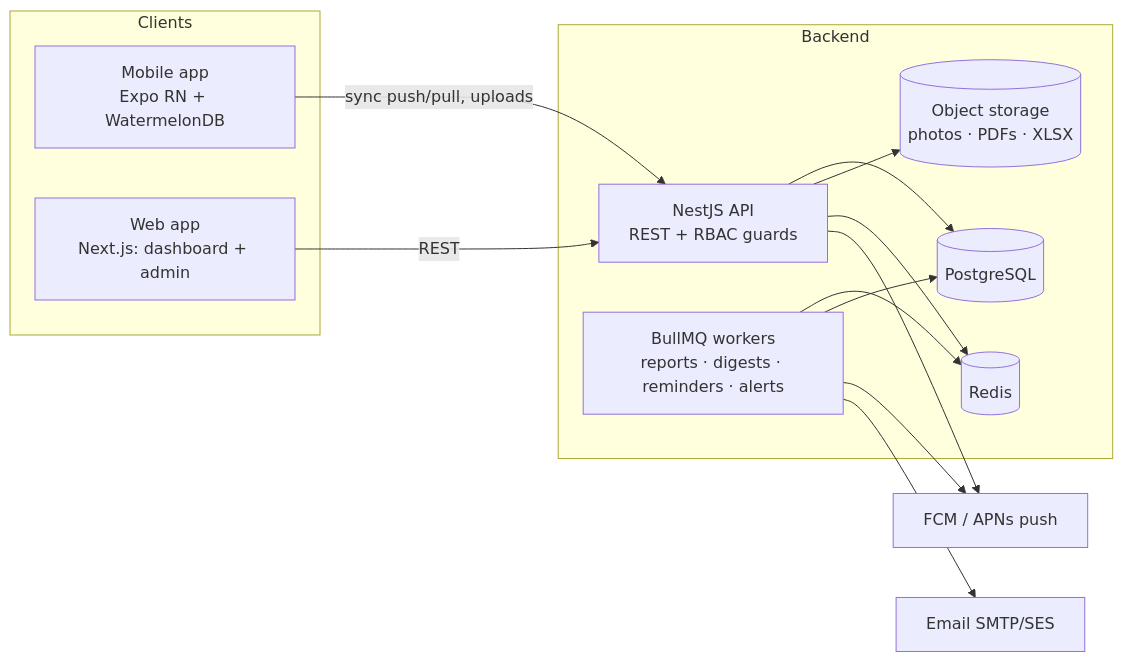
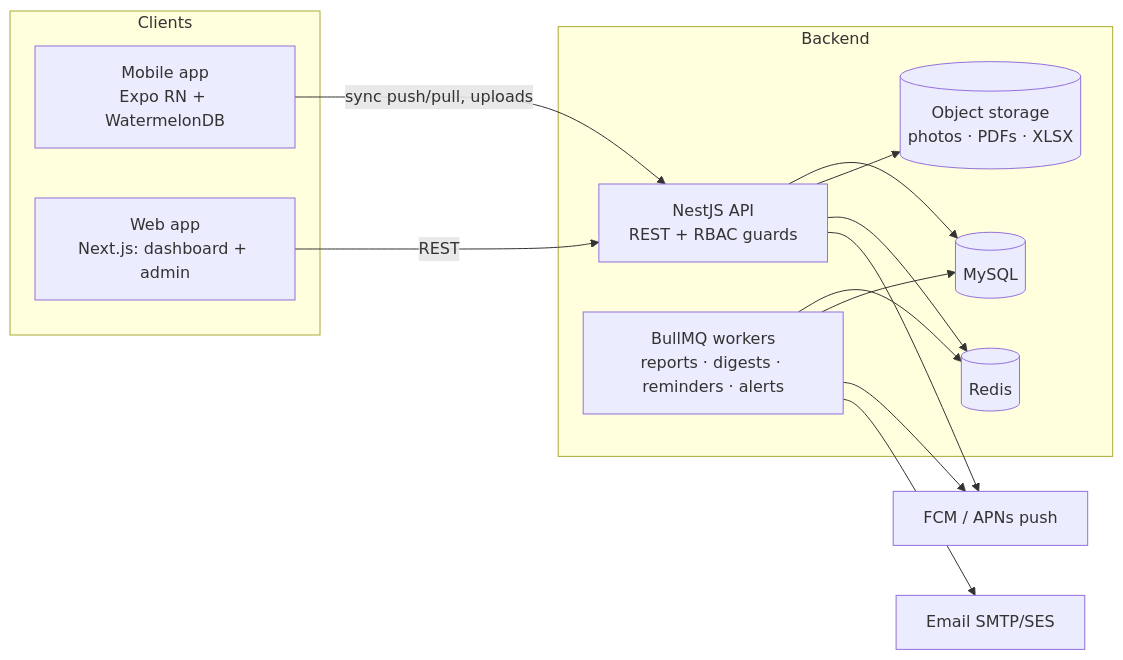
One commit to sandeep-vedam/drillex changed the diagram in docs/DEVELOPMENT_PLAN.md. Above: the diagram before and after it, drawn with Mermaid. The commit also changed other lines of this file and 29 other files, not shown here.

First line of the commit message:
Switch the database from PostgreSQL to MySQL 8

````diff
--- a/docs/DEVELOPMENT_PLAN.md
+++ b/docs/DEVELOPMENT_PLAN.md
@@ -31,26 +31,26 @@
 ```mermaid
 flowchart LR
   subgraph Clients
     M[Mobile app<br/>Expo RN + WatermelonDB]
     W[Web app<br/>Next.js: dashboard + admin]
   end
   subgraph Backend
     A[NestJS API<br/>REST + RBAC guards]
     Q[BullMQ workers<br/>reports · digests · reminders · alerts]
     R[(Redis)]
-    P[(PostgreSQL)]
+    P[(MySQL)]
     S[(Object storage<br/>photos · PDFs · XLSX)]
   end
   F[FCM / APNs push]
   E[Email SMTP/SES]
   M -- "sync push/pull, uploads" --> A
   W -- "REST" --> A
   A --> P
   A --> S
   A --> R
   Q --> R
   Q --> P
   Q --> F
   Q --> E
   A --> F
 ```
````
